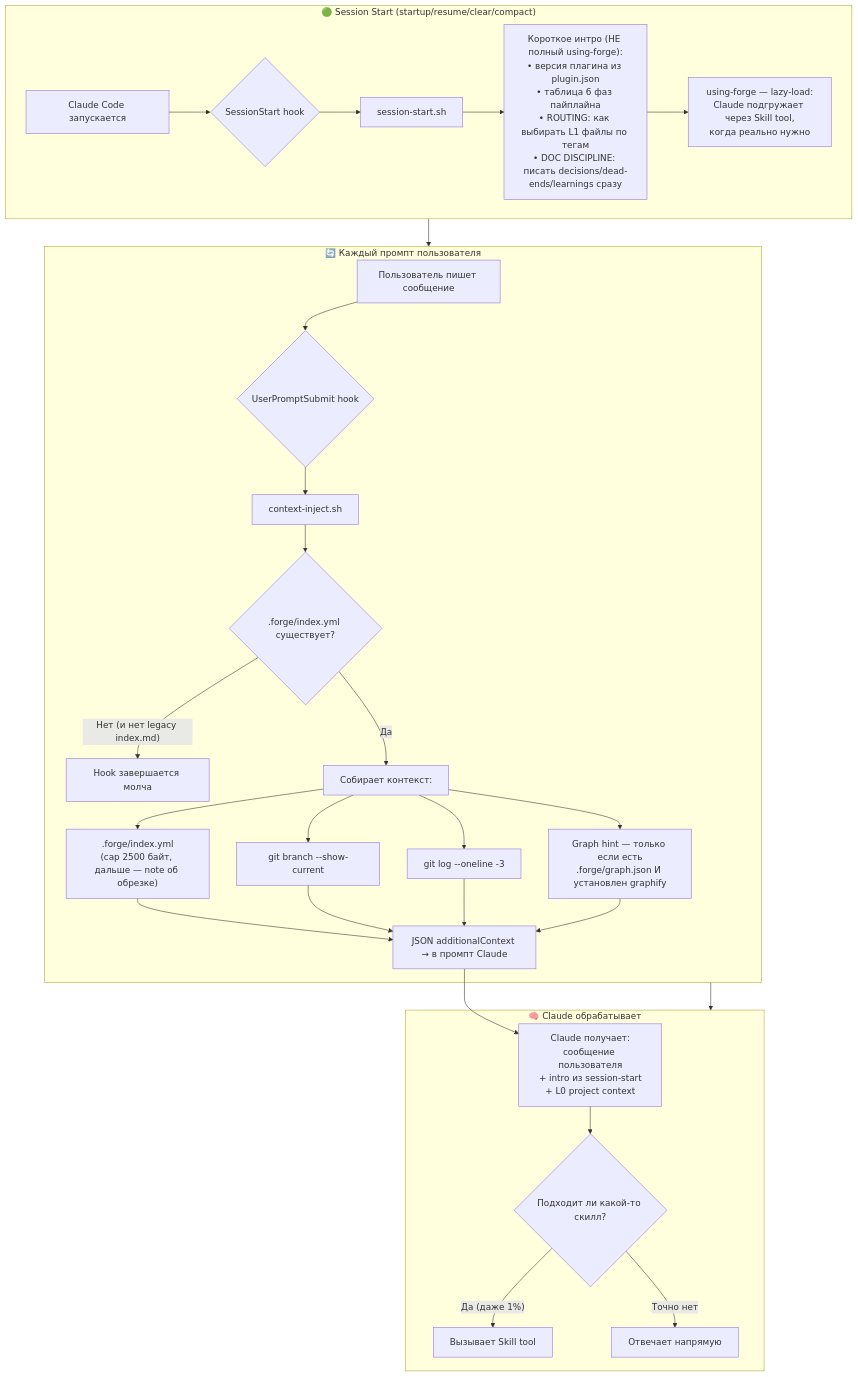
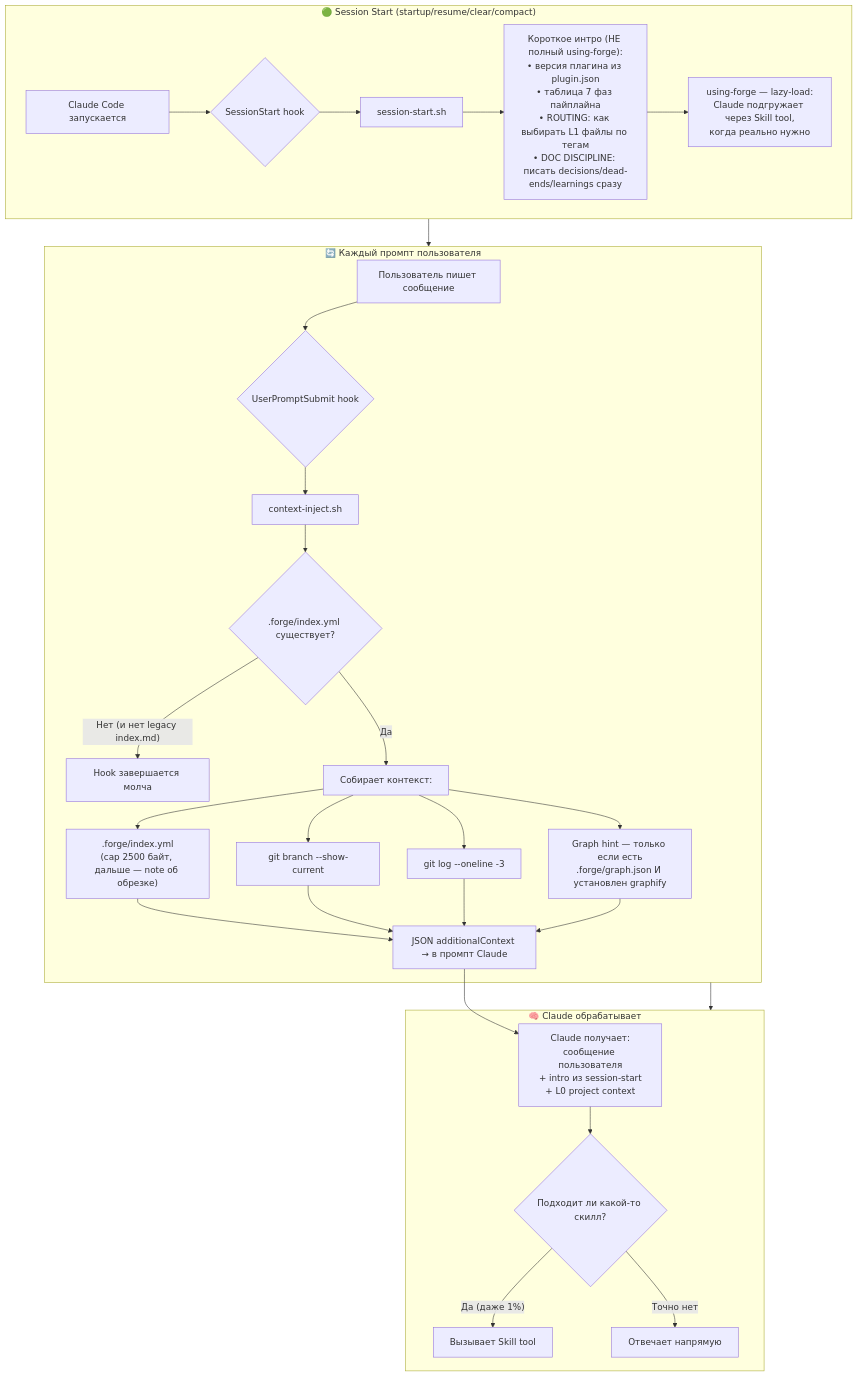
One commit to anton-ai5010/forge changed the first of 4 diagrams in forge-plugin/docs/forge-runtime-flow.md. Above: the diagram before and after it, drawn with Mermaid. The commit also changed other lines of this file and 47 other files, not shown here.

````diff
--- a/forge-plugin/docs/forge-runtime-flow.md
+++ b/forge-plugin/docs/forge-runtime-flow.md
@@ -25,32 +25,32 @@
 ```mermaid
 flowchart TB
     subgraph SESSION_START["🟢 Session Start (startup/resume/clear/compact)"]
         A[Claude Code запускается] --> B{SessionStart hook}
         B --> C[session-start.sh]
-        C --> D["Короткое интро (НЕ полный using-forge):<br/>• версия плагина из plugin.json<br/>• таблица 6 фаз пайплайна<br/>• ROUTING: как выбирать L1 файлы по тегам<br/>• DOC DISCIPLINE: писать decisions/dead-ends/learnings сразу"]
+        C --> D["Короткое интро (НЕ полный using-forge):<br/>• версия плагина из plugin.json<br/>• таблица 7 фаз пайплайна<br/>• ROUTING: как выбирать L1 файлы по тегам<br/>• DOC DISCIPLINE: писать decisions/dead-ends/learnings сразу"]
         D --> E["using-forge — lazy-load:<br/>Claude подгружает через Skill tool,<br/>когда реально нужно"]
     end
 
     subgraph EVERY_PROMPT["🔄 Каждый промпт пользователя"]
         G[Пользователь пишет сообщение] --> H{UserPromptSubmit hook}
         H --> I[context-inject.sh]
         I --> J{.forge/index.yml существует?}
         J -- "Нет (и нет legacy index.md)" --> K[Hook завершается молча]
         J -- Да --> L["Собирает контекст:"]
         L --> L1[".forge/index.yml<br/>(cap 2500 байт, дальше — note об обрезке)"]
         L --> L2["git branch --show-current"]
         L --> L3["git log --oneline -3"]
         L --> L4["Graph hint — только если есть<br/>.forge/graph.json И установлен graphify"]
         L1 & L2 & L3 & L4 --> M["JSON additionalContext → в промпт Claude"]
     end
 
     subgraph CLAUDE_THINKS["🧠 Claude обрабатывает"]
         M --> N["Claude получает:<br/>сообщение пользователя<br/>+ intro из session-start<br/>+ L0 project context"]
         N --> O{Подходит ли какой-то скилл?}
         O -- "Да (даже 1%)" --> P["Вызывает Skill tool"]
         O -- "Точно нет" --> Q["Отвечает напрямую"]
     end
 
     SESSION_START --> EVERY_PROMPT
     EVERY_PROMPT --> CLAUDE_THINKS
 ```
````
